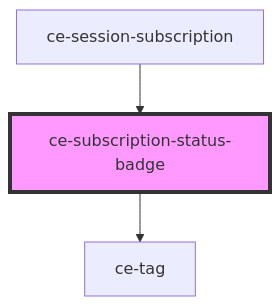
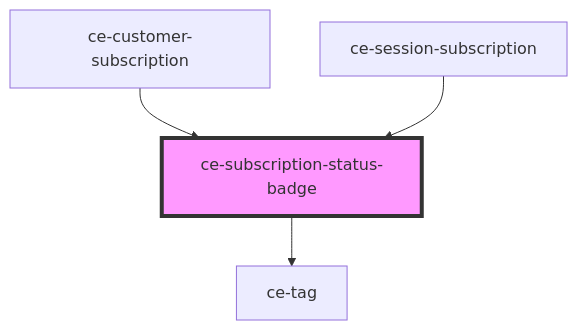
The diagram in packages/components/src/components/ui/subscription-status-badge/readme.md (surecart/surecart-wp-plugin), drawn with Mermaid before and after one commit. The commit also changed other lines of this file and 24 other files, not shown here.

````diff
--- a/packages/components/src/components/ui/subscription-status-badge/readme.md
+++ b/packages/components/src/components/ui/subscription-status-badge/readme.md
@@ -29,6 +30,7 @@
 ```mermaid
 graph TD;
   ce-subscription-status-badge --> ce-tag
+  ce-customer-subscription --> ce-subscription-status-badge
   ce-session-subscription --> ce-subscription-status-badge
   style ce-subscription-status-badge fill:#f9f,stroke:#333,stroke-width:4px
 ```
````
